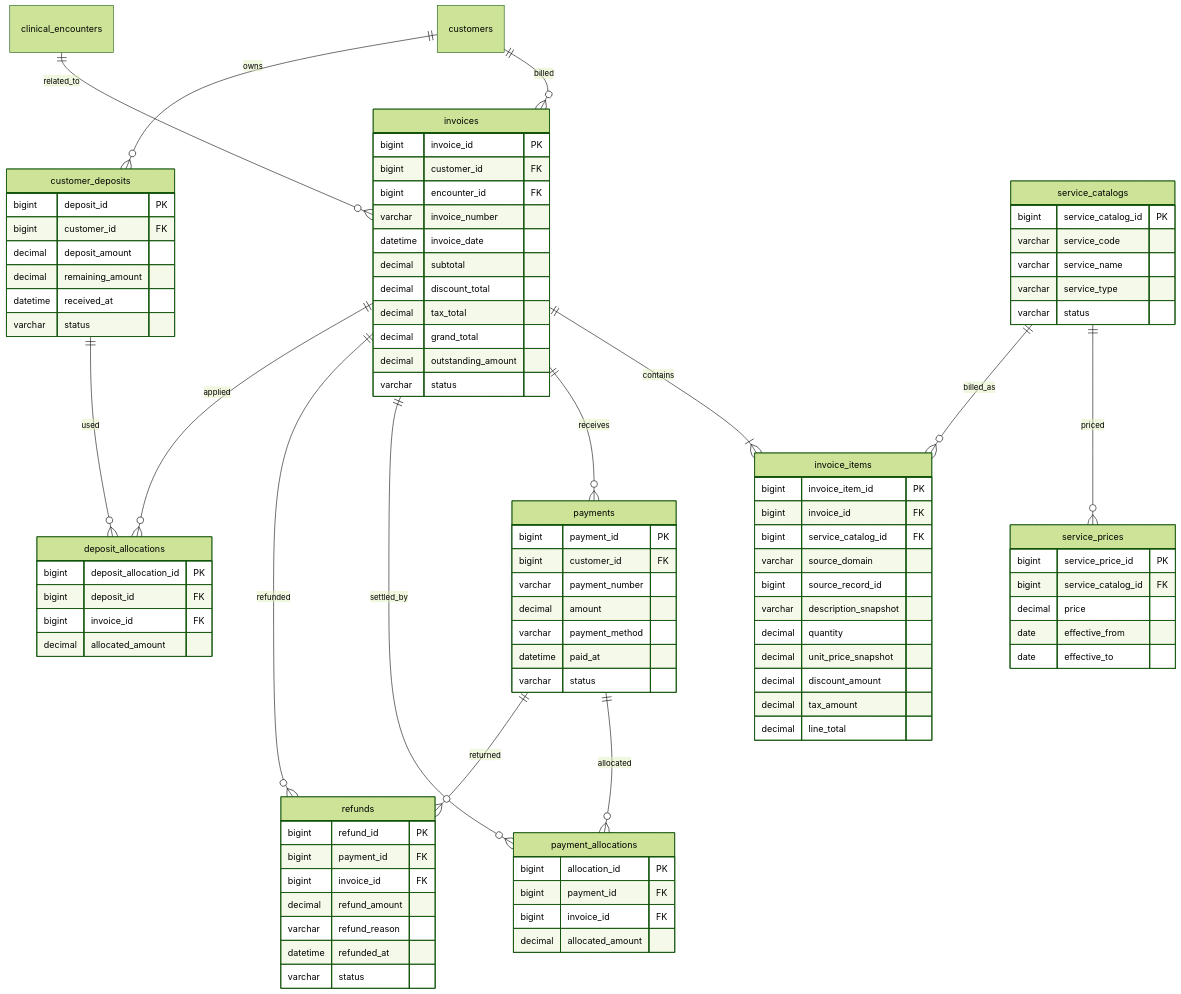
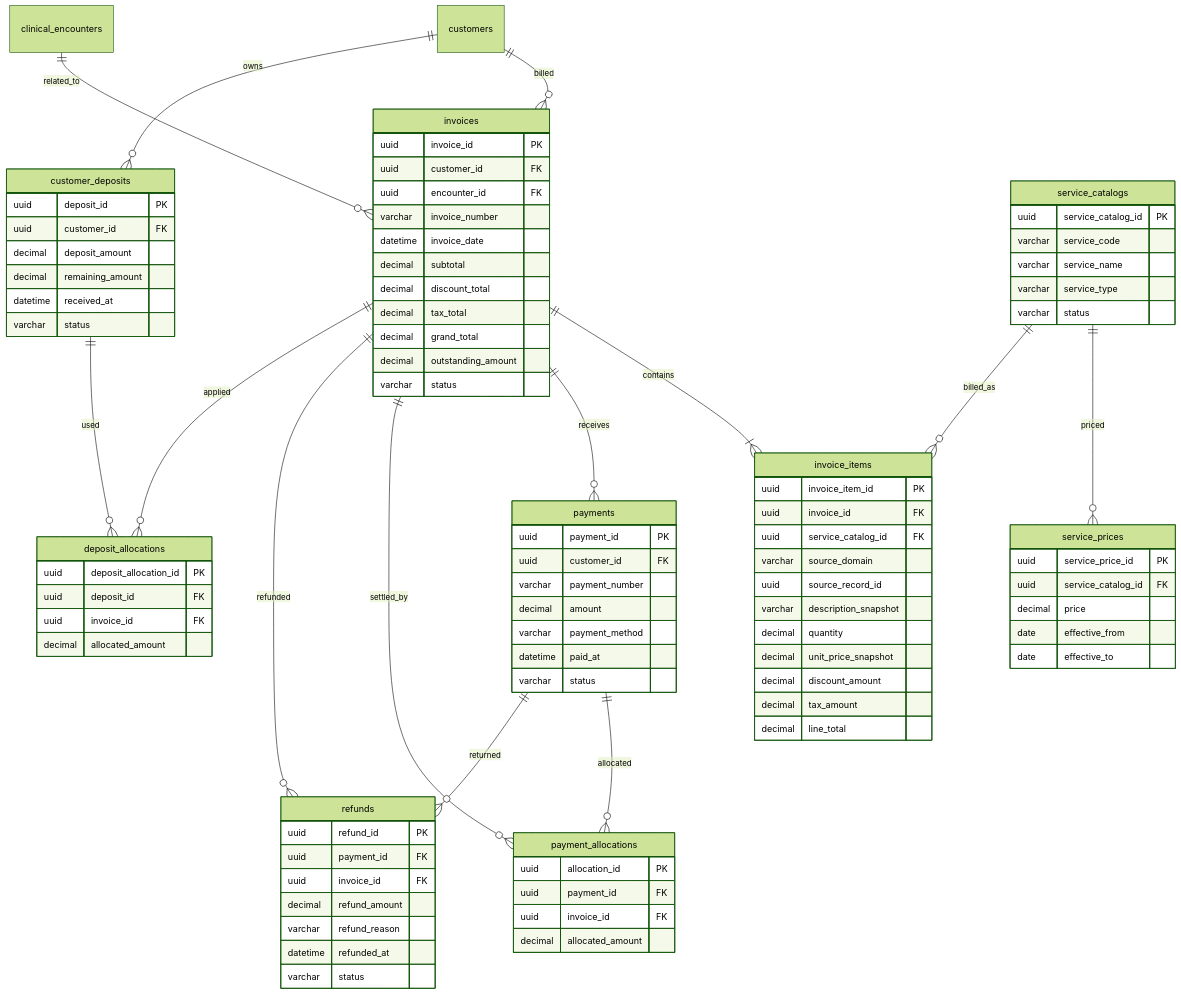
One commit to raveniqu/vet-clinic-web changed the seventh of 11 diagrams in prototype/docs/Database/ER_Diagram.md. Above: the diagram before and after it, drawn with Mermaid (forest theme). The commit also changed other lines of this file and 152 other files, not shown here.

```diff
--- a/prototype/docs/Database/ER_Diagram.md
+++ b/prototype/docs/Database/ER_Diagram.md
@@ -1057,9 +1057,9 @@
     service_catalogs ||--o{ invoice_items : billed_as
 
     invoices {
-        bigint invoice_id PK
-        bigint customer_id FK
-        bigint encounter_id FK
+        uuid invoice_id PK
+        uuid customer_id FK
+        uuid encounter_id FK
         varchar invoice_number
         datetime invoice_date
         decimal subtotal
@@ -1071,11 +1071,11 @@
     }
 
     invoice_items {
-        bigint invoice_item_id PK
-        bigint invoice_id FK
-        bigint service_catalog_id FK
+        uuid invoice_item_id PK
+        uuid invoice_id FK
+        uuid service_catalog_id FK
         varchar source_domain
-        bigint source_record_id
+        uuid source_record_id
         varchar description_snapshot
         decimal quantity
         decimal unit_price_snapshot
@@ -1085,8 +1085,8 @@
     }
 
     payments {
-        bigint payment_id PK
-        bigint customer_id FK
+        uuid payment_id PK
+        uuid customer_id FK
         varchar payment_number
         decimal amount
         varchar payment_method
@@ -1095,16 +1095,16 @@
     }
 
     payment_allocations {
-        bigint allocation_id PK
-        bigint payment_id FK
-        bigint invoice_id FK
+        uuid allocation_id PK
+        uuid payment_id FK
+        uuid invoice_id FK
         decimal allocated_amount
     }
 
     refunds {
-        bigint refund_id PK
-        bigint payment_id FK
-        bigint invoice_id FK
+        uuid refund_id PK
+        uuid payment_id FK
+        uuid invoice_id FK
         decimal refund_amount
         varchar refund_reason
         datetime refunded_at
@@ -1112,8 +1112,8 @@
     }
 
     customer_deposits {
-        bigint deposit_id PK
-        bigint customer_id FK
+        uuid deposit_id PK
+        uuid customer_id FK
         decimal deposit_amount
         decimal remaining_amount
         datetime received_at
@@ -1121,14 +1121,14 @@
     }
 
     deposit_allocations {
-        bigint deposit_allocation_id PK
-        bigint deposit_id FK
-        bigint invoice_id FK
+        uuid deposit_allocation_id PK
+        uuid deposit_id FK
+        uuid invoice_id FK
         decimal allocated_amount
     }
 
     service_catalogs {
-        bigint service_catalog_id PK
+        uuid service_catalog_id PK
         varchar service_code
         varchar service_name
         varchar service_type
@@ -1136,8 +1136,8 @@
     }
 
     service_prices {
-        bigint service_price_id PK
-        bigint service_catalog_id FK
+        uuid service_price_id PK
+        uuid service_catalog_id FK
         decimal price
         date effective_from
         date effective_to
```
